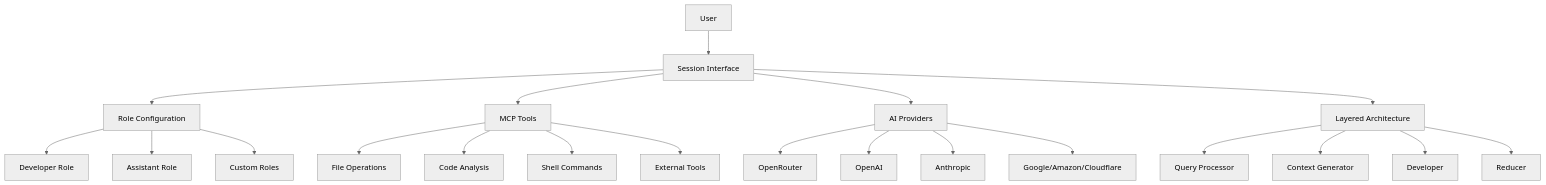
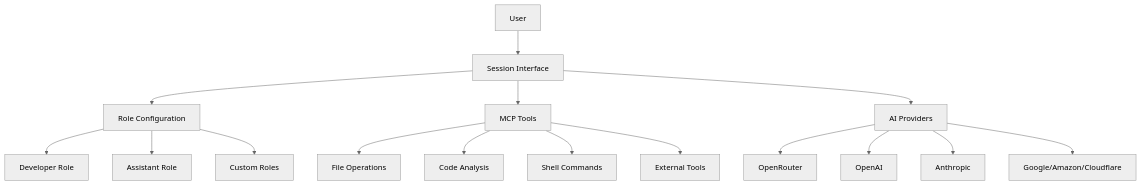
The diagram in README.md (Muvon/octomind), drawn with Mermaid (neutral theme) before and after one commit. The commit also changed other lines of this file and 4 other files, not shown here.

````diff
--- a/README.md
+++ b/README.md
@@ -741,27 +142,21 @@
 ```mermaid
 graph TB
     A[User] --> B[Session Interface]
     B --> C[Role Configuration]
     B --> D[MCP Tools]
     B --> E[AI Providers]
 
     C --> F[Developer Role]
     C --> G[Assistant Role]
     C --> H[Custom Roles]
 
     D --> I[File Operations]
     D --> J[Code Analysis]
     D --> K[Shell Commands]
     D --> L[External Tools]
 
     E --> M[OpenRouter]
     E --> N[OpenAI]
     E --> O[Anthropic]
     E --> P[Google/Amazon/Cloudflare]
-
-    B --> Q[Layered Architecture]
-    Q --> R[Query Processor]
-    Q --> S[Context Generator]
-    Q --> T[Developer]
-    Q --> U[Reducer]
 ```
````
